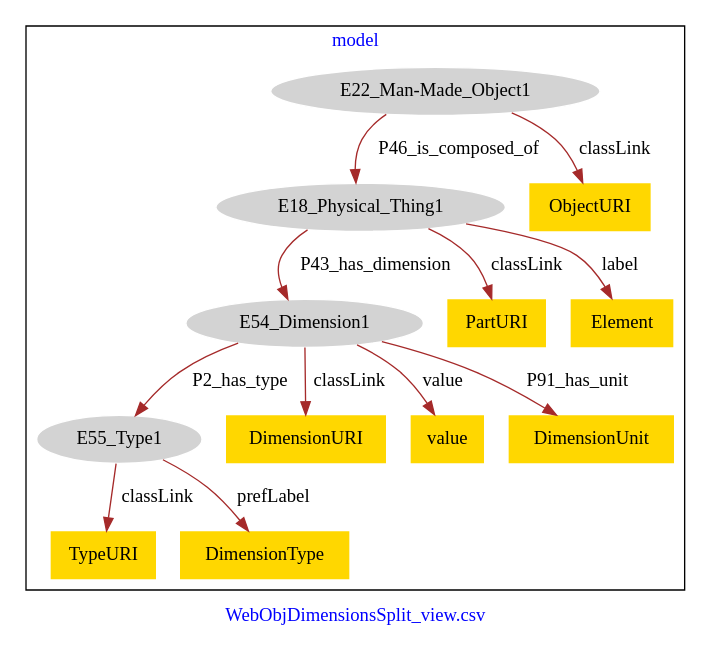
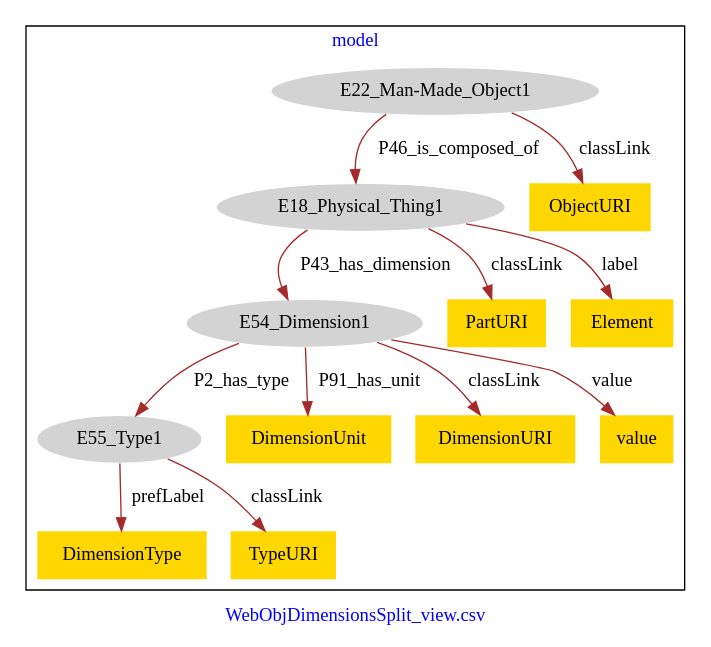
One commit to american-art/SAAM changed the diagram in WebObjDimensionsSplit_view/WebObjDimensionsSplit_view-model.dot. Above: the diagram before and after it, drawn with Graphviz.

Commit message:
Update file WebObjDimensionsSplit_view-model.dot

```diff
--- a/WebObjDimensionsSplit_view/WebObjDimensionsSplit_view-model.dot
+++ b/WebObjDimensionsSplit_view/WebObjDimensionsSplit_view-model.dot
@@ -1,31 +1,31 @@
 digraph n0 {
 fontcolor="blue"
 remincross="true"
 label="WebObjDimensionsSplit_view.csv"
 subgraph cluster {
 label="model"
 n2[style="filled",color="white",fillcolor="lightgray",label="E18_Physical_Thing1"];
 n3[style="filled",color="white",fillcolor="lightgray",label="E54_Dimension1"];
 n4[style="filled",color="white",fillcolor="lightgray",label="E22_Man-Made_Object1"];
 n5[style="filled",color="white",fillcolor="lightgray",label="E55_Type1"];
-n6[shape="plaintext",style="filled",fillcolor="gold",label="PartURI"];
-n7[shape="plaintext",style="filled",fillcolor="gold",label="TypeURI"];
-n8[shape="plaintext",style="filled",fillcolor="gold",label="ObjectURI"];
-n9[shape="plaintext",style="filled",fillcolor="gold",label="DimensionURI"];
-n10[shape="plaintext",style="filled",fillcolor="gold",label="DimensionType"];
-n11[shape="plaintext",style="filled",fillcolor="gold",label="Element"];
+n6[shape="plaintext",style="filled",fillcolor="gold",label="DimensionUnit"];
+n7[shape="plaintext",style="filled",fillcolor="gold",label="PartURI"];
+n8[shape="plaintext",style="filled",fillcolor="gold",label="DimensionType"];
+n9[shape="plaintext",style="filled",fillcolor="gold",label="Element"];
+n10[shape="plaintext",style="filled",fillcolor="gold",label="DimensionURI"];
+n11[shape="plaintext",style="filled",fillcolor="gold",label="ObjectURI"];
 n12[shape="plaintext",style="filled",fillcolor="gold",label="value"];
-n13[shape="plaintext",style="filled",fillcolor="gold",label="DimensionUnit"];
+n13[shape="plaintext",style="filled",fillcolor="gold",label="TypeURI"];
 }
 n2 -> n3[color="brown",fontcolor="black",label="P43_has_dimension"]
 n4 -> n2[color="brown",fontcolor="black",label="P46_is_composed_of"]
 n3 -> n5[color="brown",fontcolor="black",label="P2_has_type"]
-n2 -> n6[color="brown",fontcolor="black",label="classLink"]
-n5 -> n7[color="brown",fontcolor="black",label="classLink"]
-n4 -> n8[color="brown",fontcolor="black",label="classLink"]
-n3 -> n9[color="brown",fontcolor="black",label="classLink"]
-n5 -> n10[color="brown",fontcolor="black",label="prefLabel"]
-n2 -> n11[color="brown",fontcolor="black",label="label"]
+n3 -> n6[color="brown",fontcolor="black",label="P91_has_unit"]
+n2 -> n7[color="brown",fontcolor="black",label="classLink"]
+n5 -> n8[color="brown",fontcolor="black",label="prefLabel"]
+n2 -> n9[color="brown",fontcolor="black",label="label"]
+n3 -> n10[color="brown",fontcolor="black",label="classLink"]
+n4 -> n11[color="brown",fontcolor="black",label="classLink"]
 n3 -> n12[color="brown",fontcolor="black",label="value"]
-n3 -> n13[color="brown",fontcolor="black",label="P91_has_unit"]
+n5 -> n13[color="brown",fontcolor="black",label="classLink"]
 }
```
